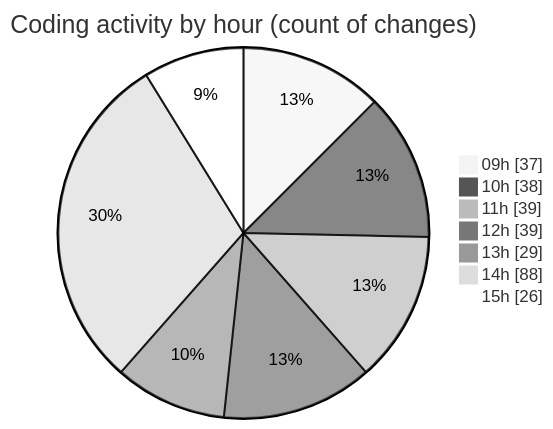
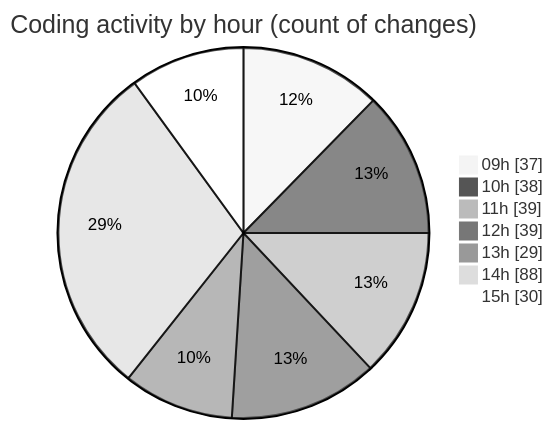
One commit to momahboobian/code-tracking changed the second of 2 diagrams in 2025-02-12/cda/README.md. Above: the diagram before and after it, drawn with Mermaid (neutral theme). The commit also changed other lines of this file and 1 other file, not shown here.

````diff
--- a/2025-02-12/cda/README.md
+++ b/2025-02-12/cda/README.md
@@ -46,11 +46,11 @@
 ```mermaid
 pie showData
 title Coding activity by hour (count of changes)
 "09h" : 37
 "10h" : 38
 "11h" : 39
 "12h" : 39
 "13h" : 29
 "14h" : 88
-"15h" : 26
+"15h" : 30
 ```
````
